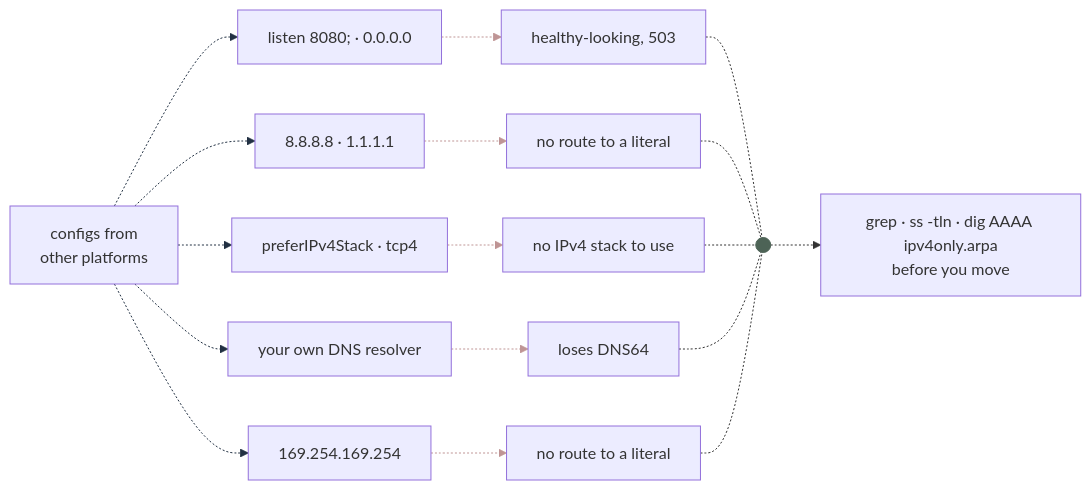
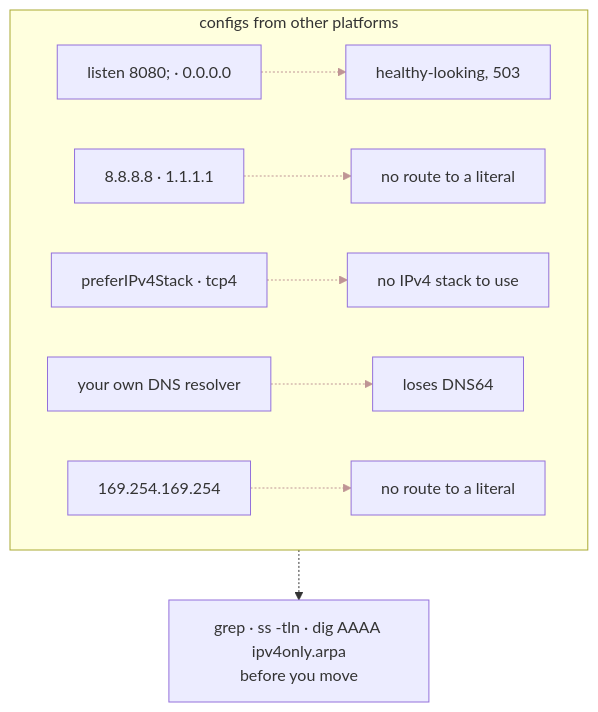
Before and after one commit to datum-cloud/datum.net: the diagram in .claude/skills/datum-diagram/examples/mermaid/image5.mmd, drawn with Mermaid. The commit also changed 2 other files, not shown here.

Commit message:
docs(skills): narrow top-to-bottom Mermaid examples
Dual-stack, configs and sequence diagrams are rebuilt as narrow, tall
layouts (about 400-650px wide) so they stay readable in the article.

```diff
--- a/.claude/skills/datum-diagram/examples/mermaid/image5.mmd
+++ b/.claude/skills/datum-diagram/examples/mermaid/image5.mmd
@@ -1,17 +1,11 @@
-flowchart LR
-    classDef dot fill:#4d6356,stroke:#4d6356
-    cfg["configs from<br/>other platforms"]:::ext
-    cfg -.-> a1["listen 8080; · 0.0.0.0"]:::ext -.-> b1["healthy-looking, 503"]:::bad
-    cfg -.-> a2["8.8.8.8 · 1.1.1.1"]:::ext -.-> b2["no route to a literal"]:::bad
-    cfg -.-> a3["preferIPv4Stack · tcp4"]:::ext -.-> b3["no IPv4 stack to use"]:::bad
-    cfg -.-> a4["your own DNS resolver"]:::ext -.-> b4["loses DNS64"]:::bad
-    cfg -.-> a5["169.254.169.254"]:::ext -.-> b5["no route to a literal"]:::bad
-    j(( )):::dot
-    b1 -.- j
-    b2 -.- j
-    b3 -.- j
-    b4 -.- j
-    b5 -.- j
-    j -.-> fix["grep · ss -tln · dig AAAA ipv4only.arpa<br/>before you move"]:::ok
-    linkStyle 0,2,4,6,8 stroke:#223143
-    linkStyle 1,3,5,7,9 stroke:#bf9595
+flowchart TB
+    subgraph rows["configs from other platforms"]
+        direction LR
+        a1["listen 8080; · 0.0.0.0"]:::ext -.-> b1["healthy-looking, 503"]:::bad
+        a2["8.8.8.8 · 1.1.1.1"]:::ext -.-> b2["no route to a literal"]:::bad
+        a3["preferIPv4Stack · tcp4"]:::ext -.-> b3["no IPv4 stack to use"]:::bad
+        a4["your own DNS resolver"]:::ext -.-> b4["loses DNS64"]:::bad
+        a5["169.254.169.254"]:::ext -.-> b5["no route to a literal"]:::bad
+    end
+    rows -.-> fix["grep · ss -tln · dig AAAA ipv4only.arpa<br/>before you move"]:::ok
+    linkStyle 0,1,2,3,4 stroke:#bf9595
```
